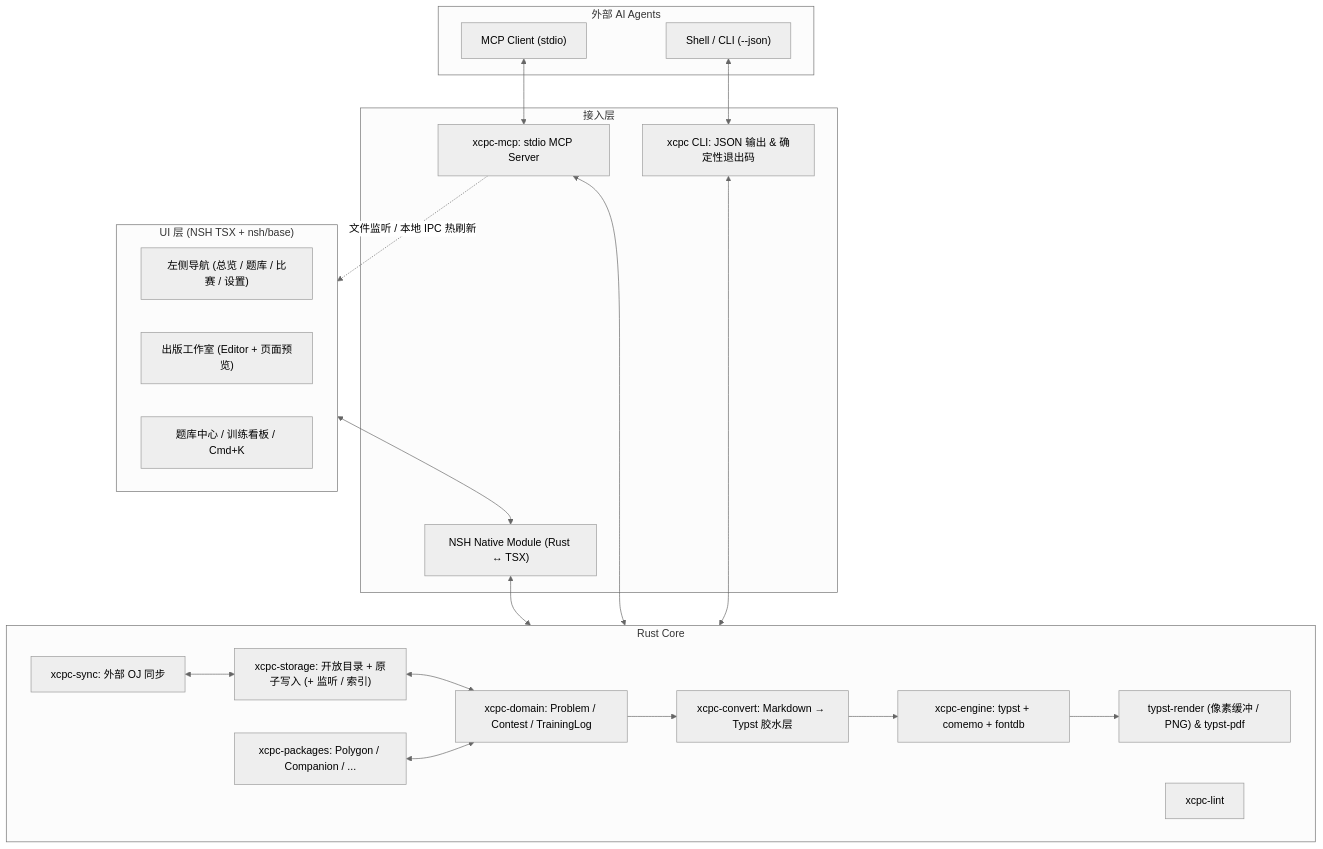
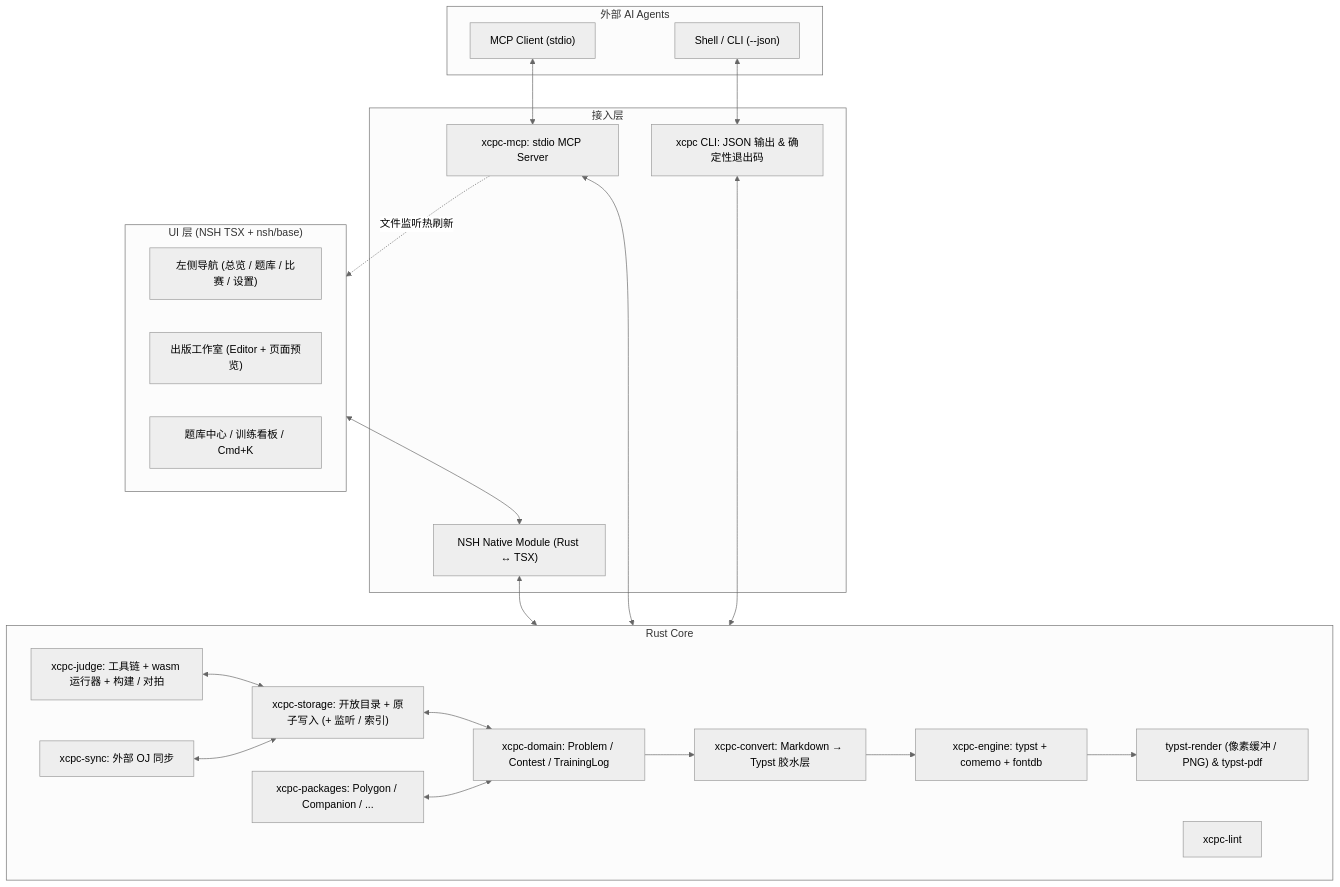
The first of 3 diagrams in docs/architecture.md (lihaoze123/xcpc-workstation), drawn with Mermaid (neutral theme) before and after one commit. The commit also changed other lines of this file and 4 other files, not shown here.

First line of the commit message:
docs(roadmap): 敲定 Phase 2 范围与本地 Polygon 设计，训练顺延到 Phase 4

````diff
--- a/docs/architecture.md
+++ b/docs/architecture.md
@@ -22,44 +23,46 @@
 ```mermaid
 flowchart TD
     subgraph Agents["外部 AI Agents"]
         MCPClient["MCP Client (stdio)"]
         CLICaller["Shell / CLI (--json)"]
     end
 
     subgraph UI["UI 层 (NSH TSX + nsh/base)"]
         Rail["左侧导航 (总览 / 题库 / 比赛 / 设置)"]
         Studio["出版工作室 (Editor + 页面预览)"]
         Others["题库中心 / 训练看板 / Cmd+K"]
     end
 
     subgraph Entry["接入层"]
         Bridge["NSH Native Module (Rust ↔ TSX)"]
         MCP["xcpc-mcp: stdio MCP Server"]
         CLI["xcpc CLI: JSON 输出 & 确定性退出码"]
     end
 
     subgraph Core["Rust Core"]
         Store["xcpc-storage: 开放目录 + 原子写入 (+ 监听 / 索引)"]
         Model["xcpc-domain: Problem / Contest / TrainingLog"]
         Conv["xcpc-convert: Markdown → Typst 胶水层"]
         Lint["xcpc-lint"]
         Engine["xcpc-engine: typst + comemo + fontdb"]
         Render["typst-render (像素缓冲 / PNG) & typst-pdf"]
         Pkg["xcpc-packages: Polygon / Companion / ..."]
+        Judge["xcpc-judge: 工具链 + wasm 运行器 + 构建 / 对拍"]
         Sync["xcpc-sync: 外部 OJ 同步"]
     end
 
     UI <--> Bridge
     MCPClient <--> MCP
     CLICaller <--> CLI
     Bridge <--> Core
     MCP <--> Core
     CLI <--> Core
-    MCP -.->|"文件监听 / 本地 IPC 热刷新"| UI
+    MCP -.->|"文件监听热刷新"| UI
     Store <--> Model
     Model --> Conv
     Conv --> Engine
     Engine --> Render
     Pkg <--> Model
+    Judge <--> Store
     Sync <--> Store
 ```
````
